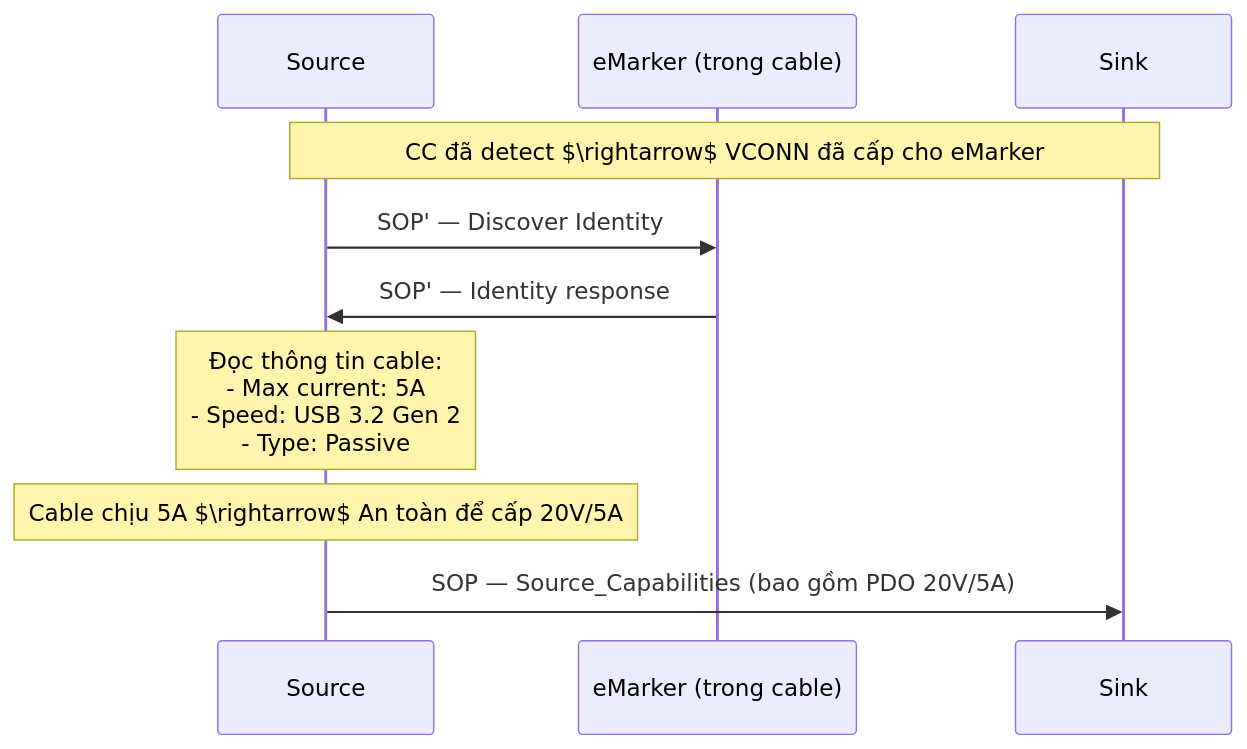
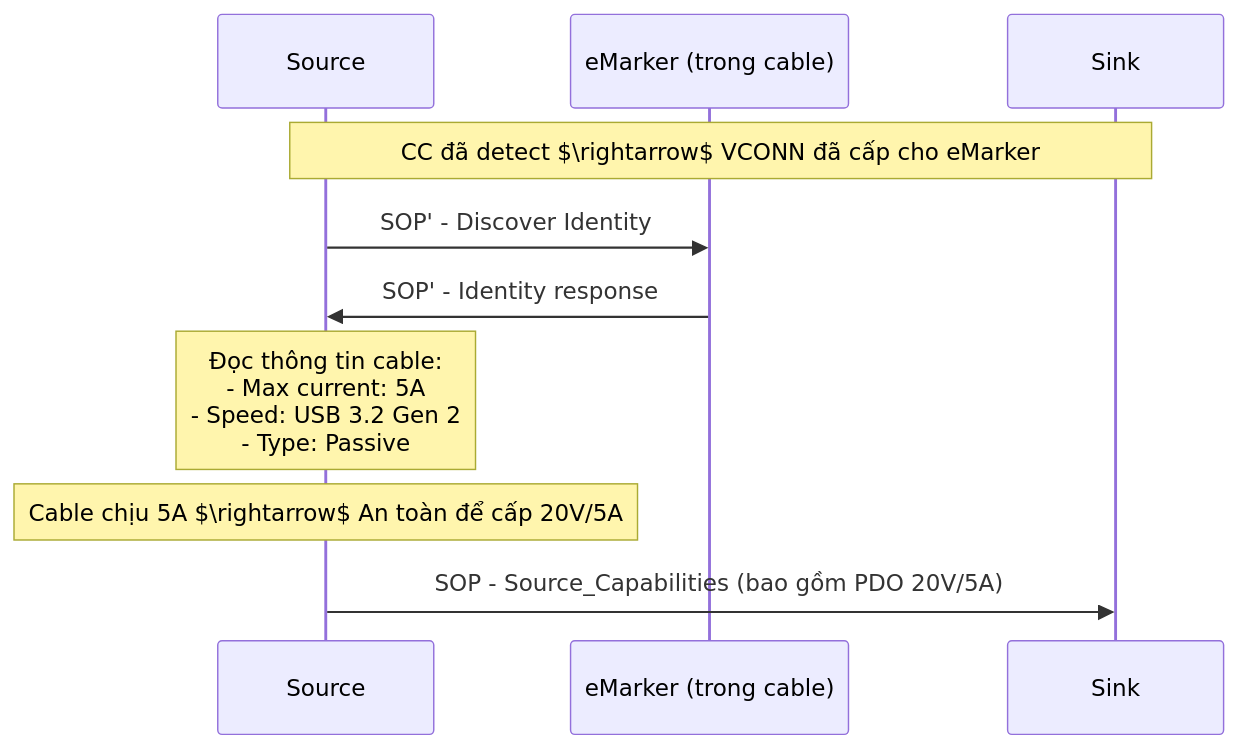
The third of 5 diagrams in Embedded/6. USB/92. usb-c/README.md (Leminuos/tutorials), drawn with Mermaid before and after one commit. The commit also changed other lines of this file and 51 other files, not shown here.

````diff
--- a/Embedded/6. USB/92. usb-c/README.md
+++ b/Embedded/6. USB/92. usb-c/README.md
@@ -226,15 +226,15 @@
 ```mermaid
 sequenceDiagram
     participant SRC as Source
     participant EM as eMarker (trong cable)
     participant SNK as Sink
  
     Note over SRC,SNK: CC đã detect $\rightarrow$ VCONN đã cấp cho eMarker
  
-    SRC->>EM: SOP' — Discover Identity
-    EM->>SRC: SOP' — Identity response
+    SRC->>EM: SOP' - Discover Identity
+    EM->>SRC: SOP' - Identity response
     Note over SRC: Đọc thông tin cable:<br/>- Max current: 5A <br/>- Speed: USB 3.2 Gen 2 <br/>- Type: Passive
  
     Note over SRC: Cable chịu 5A $\rightarrow$ An toàn để cấp 20V/5A
-    SRC->>SNK: SOP — Source_Capabilities (bao gồm PDO 20V/5A)
+    SRC->>SNK: SOP - Source_Capabilities (bao gồm PDO 20V/5A)
 ```
````
